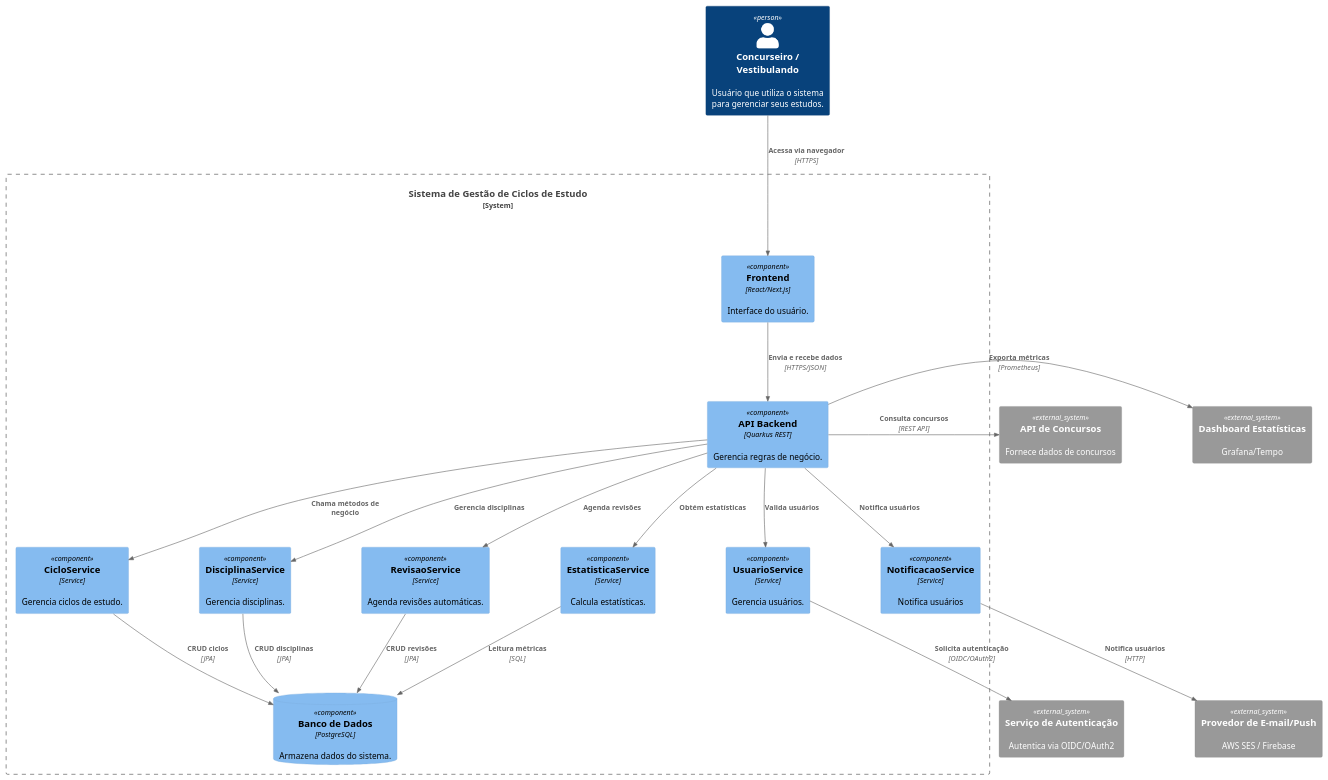
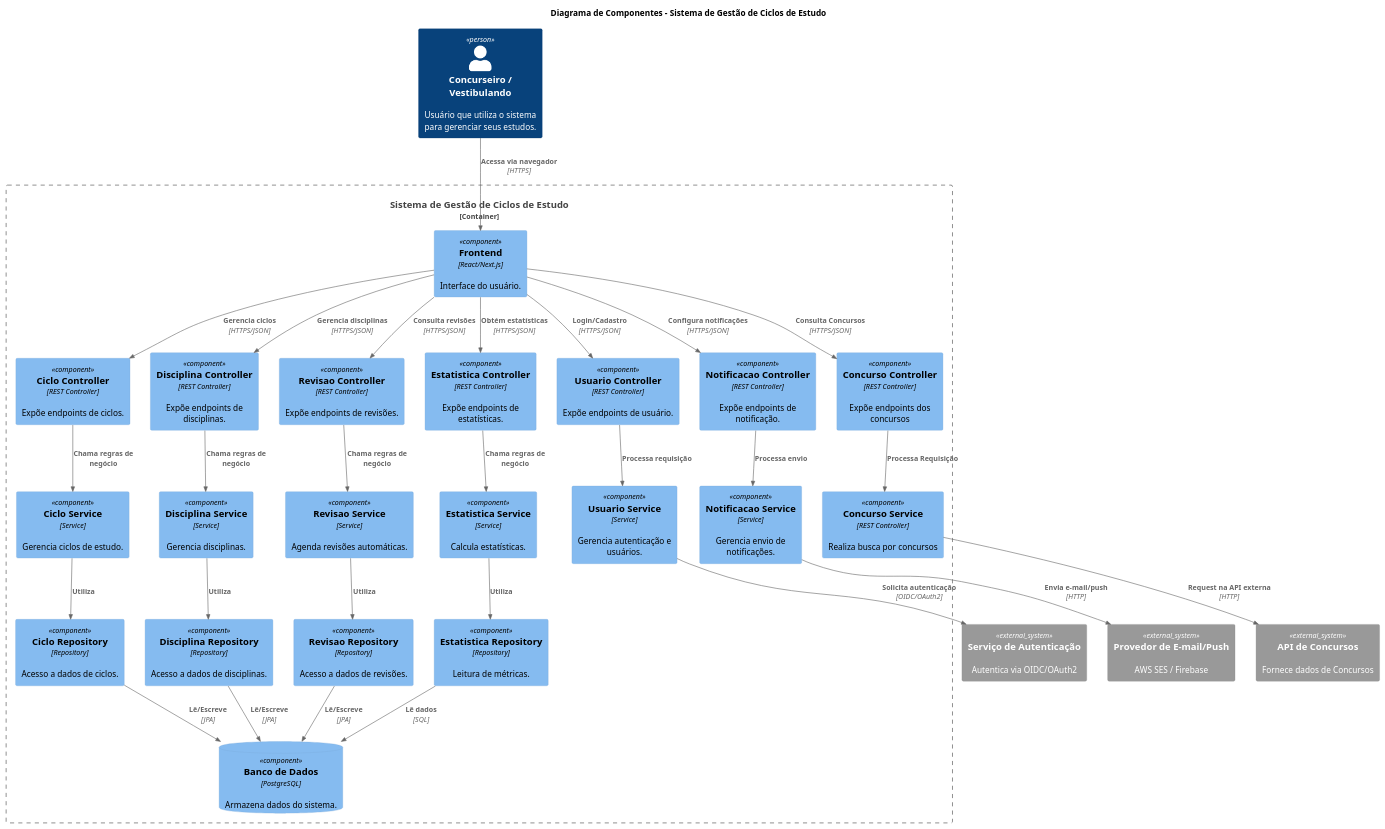
Before and after one commit to MarcosVSO/projeto_design_de_software: the diagram in 4-Diagrama de Componentes/diagrama_componentes.puml, drawn with PlantUML.

Commit message:
Adiciona Concurso Service

```diff
--- a/4-Diagrama de Componentes/diagrama_componentes.puml
+++ b/4-Diagrama de Componentes/diagrama_componentes.puml
@@ -1,72 +1,93 @@
 @startuml
 !include https://raw.githubusercontent.com/plantuml-stdlib/C4-PlantUML/master/C4_Component.puml
 
-' Configurações para melhorar legibilidade
-LAYOUT_TOP_DOWN()
-
-' Aumentar espaçamento entre elementos
-skinparam ranksep 100
-skinparam nodesep 120
+title Diagrama de Componentes - Sistema de Gestão de Ciclos de Estudo
 
 Person(user, "Concurseiro / Vestibulando", "Usuário que utiliza o sistema para gerenciar seus estudos.")
 
-System_Boundary(s1, "Sistema de Gestão de Ciclos de Estudo") {
+System_Ext(authSystem, "Serviço de Autenticação", "Autentica via OIDC/OAuth2")
+System_Ext(emailSystem, "Provedor de E-mail/Push", "AWS SES / Firebase")
+System_Ext(concursosApi, "API de Concursos", "Fornece dados de Concursos")
 
-  Component(frontend, "Frontend", "React/Next.js", "Interface do usuário.")
-  
-  Component(api, "API Backend", "Quarkus REST", "Gerencia regras de negócio.")
+Container_Boundary(system, "Sistema de Gestão de Ciclos de Estudo") {
+    
+    Component(frontend, "Frontend", "React/Next.js", "Interface do usuário.")
+    ComponentDb(db, "Banco de Dados", "PostgreSQL", "Armazena dados do sistema.")
 
-  ' Services organizados verticalmente
-  Component(cicloService, "CicloService", "Service", "Gerencia ciclos de estudo.")
-  
-  Component(disciplinaService, "DisciplinaService", "Service", "Gerencia disciplinas.")
-  
-  Component(revisaoService, "RevisaoService", "Service", "Agenda revisões automáticas.")
-  
-  Component(usuarioService, "UsuarioService", "Service", "Gerencia usuários.")
-  
-  Component(estatisticaService, "EstatisticaService", "Service", "Calcula estatísticas.")
+    ' --- Vertical: Ciclo ---
+    Component(cicloCtrl, "Ciclo Controller", "REST Controller", "Expõe endpoints de ciclos.")
+    Component(cicloSvc, "Ciclo Service", "Service", "Gerencia ciclos de estudo.")
+    Component(cicloRepo, "Ciclo Repository", "Repository", "Acesso a dados de ciclos.")
 
-  Component(notificacaoService, "NotificacaoService", "Service", "Notifica usuários")
+    ' --- Vertical: Disciplina ---
+    Component(discCtrl, "Disciplina Controller", "REST Controller", "Expõe endpoints de disciplinas.")
+    Component(discSvc, "Disciplina Service", "Service", "Gerencia disciplinas.")
+    Component(discRepo, "Disciplina Repository", "Repository", "Acesso a dados de disciplinas.")
 
-  ComponentDb(db, "Banco de Dados", "PostgreSQL", "Armazena dados do sistema.")
+    ' --- Vertical: Revisao ---
+    Component(revCtrl, "Revisao Controller", "REST Controller", "Expõe endpoints de revisões.")
+    Component(revSvc, "Revisao Service", "Service", "Agenda revisões automáticas.")
+    Component(revRepo, "Revisao Repository", "Repository", "Acesso a dados de revisões.")
 
-  ' Relacionamentos internos
-  Rel_Down(frontend, api, "Envia e recebe dados", "HTTPS/JSON")
-  
-  Rel_Down(api, cicloService, "Chama métodos de negócio")
-  Rel_Down(api, disciplinaService, "Gerencia disciplinas")
-  Rel_Down(api, revisaoService, "Agenda revisões")
-  Rel_Down(api, estatisticaService, "Obtém estatísticas")
-  Rel_Down(api, usuarioService, "Valida usuários")
-  Rel_Down(api, notificacaoService, "Notifica usuários")
-  
-  Rel(cicloService, db, "CRUD ciclos", "JPA")
-  Rel(disciplinaService, db, "CRUD disciplinas", "JPA")
-  Rel(revisaoService, db, "CRUD revisões", "JPA")
-  Rel(estatisticaService, db, "Leitura métricas", "SQL")
+    ' --- Vertical: Estatistica ---
+    Component(estCtrl, "Estatistica Controller", "REST Controller", "Expõe endpoints de estatísticas.")
+    Component(estSvc, "Estatistica Service", "Service", "Calcula estatísticas.")
+    Component(estRepo, "Estatistica Repository", "Repository", "Leitura de métricas.")
+
+    ' --- Vertical: Usuario (Exceção: Sistema Externo, sem Repo) ---
+    Component(userCtrl, "Usuario Controller", "REST Controller", "Expõe endpoints de usuário.")
+    Component(userSvc, "Usuario Service", "Service", "Gerencia autenticação e usuários.")
+
+    ' --- Vertical: Notificacao (Exceção: Sistema Externo, sem Repo) ---
+    Component(notifCtrl, "Notificacao Controller", "REST Controller", "Expõe endpoints de notificação.")
+    Component(notifSvc, "Notificacao Service", "Service", "Gerencia envio de notificações.")
+
+    Component(concursoCtrl, "Concurso Controller", "REST Controller", "Expõe endpoints dos concursos")
+    Component(concursoSvc, "Concurso Service", "REST Controller", "Realiza busca por concursos")
+
 }
 
-' Sistemas externos
-System_Ext(auth, "Serviço de Autenticação", "Autentica via OIDC/OAuth2")
+' Relações Usuário e Frontend
+Rel(user, frontend, "Acessa via navegador", "HTTPS")
 
-System_Ext(apiConcursos, "API de Concursos", "Fornece dados de concursos")
+' Frontend -> Controllers
+Rel(frontend, cicloCtrl, "Gerencia ciclos", "HTTPS/JSON")
+Rel(frontend, discCtrl, "Gerencia disciplinas", "HTTPS/JSON")
+Rel(frontend, revCtrl, "Consulta revisões", "HTTPS/JSON")
+Rel(frontend, estCtrl, "Obtém estatísticas", "HTTPS/JSON")
+Rel(frontend, userCtrl, "Login/Cadastro", "HTTPS/JSON")
+Rel(frontend, notifCtrl, "Configura notificações", "HTTPS/JSON")
+Rel(frontend, concursoCtrl, "Consulta Concursos", "HTTPS/JSON")
 
-System_Ext(grafana, "Dashboard Estatísticas", "Grafana/Tempo")
+' Fluxo Ciclo
+Rel(cicloCtrl, cicloSvc, "Chama regras de negócio")
+Rel(cicloSvc, cicloRepo, "Utiliza")
+Rel(cicloRepo, db, "Lê/Escreve", "JPA")
 
-System_Ext(provedorNotificacao, "Provedor de E-mail/Push", "AWS SES / Firebase")
+' Fluxo Disciplina
+Rel(discCtrl, discSvc, "Chama regras de negócio")
+Rel(discSvc, discRepo, "Utiliza")
+Rel(discRepo, db, "Lê/Escreve", "JPA")
 
-' Relacionamentos externos
-Rel_Down(user, frontend, "Acessa via navegador", "HTTPS")
+' Fluxo Revisao
+Rel(revCtrl, revSvc, "Chama regras de negócio")
+Rel(revSvc, revRepo, "Utiliza")
+Rel(revRepo, db, "Lê/Escreve", "JPA")
 
-Rel_Down(usuarioService, auth, "Solicita autenticação", "OIDC/OAuth2")
+' Fluxo Estatistica
+Rel(estCtrl, estSvc, "Chama regras de negócio")
+Rel(estSvc, estRepo, "Utiliza")
+Rel(estRepo, db, "Lê dados", "SQL")
 
-Rel_Down(notificacaoService, provedorNotificacao, "Notifica usuários", "HTTP")
+' Fluxo Usuario (Conexão externa, sem repo)
+Rel(userCtrl, userSvc, "Processa requisição")
+Rel(userSvc, authSystem, "Solicita autenticação", "OIDC/OAuth2")
 
-Rel_Right(api, apiConcursos, "Consulta concursos", "REST API")
+' Fluxo Notificacao (Conexão externa, sem repo)
+Rel(notifCtrl, notifSvc, "Processa envio")
+Rel(notifSvc, emailSystem, "Envia e-mail/push", "HTTP")
 
-Rel_Right(api, grafana, "Exporta métricas", "Prometheus")
-
-
+Rel(concursoCtrl, concursoSvc, "Processa Requisição" )
+Rel(concursoSvc,concursosApi, "Request na API externa", "HTTP" )
 
 @enduml
```
